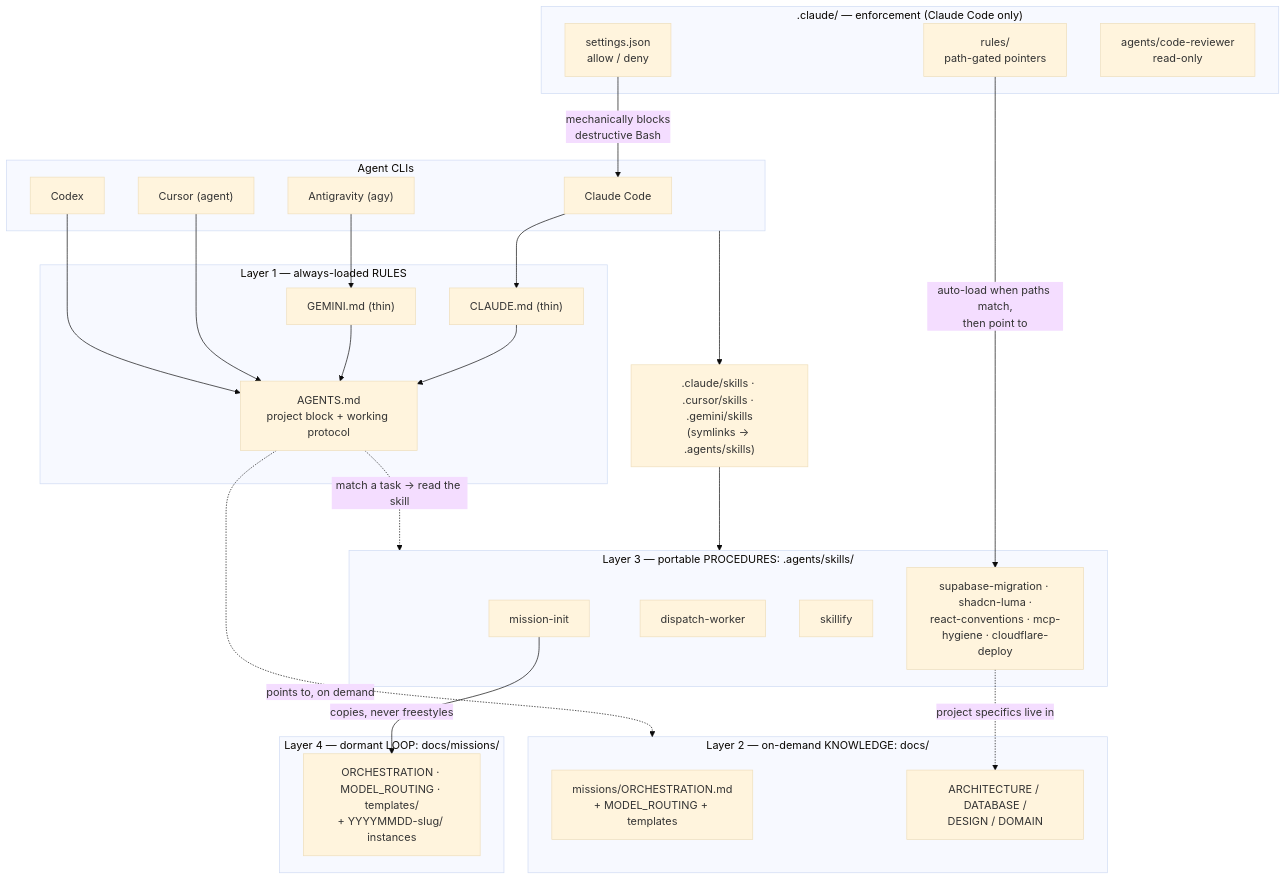
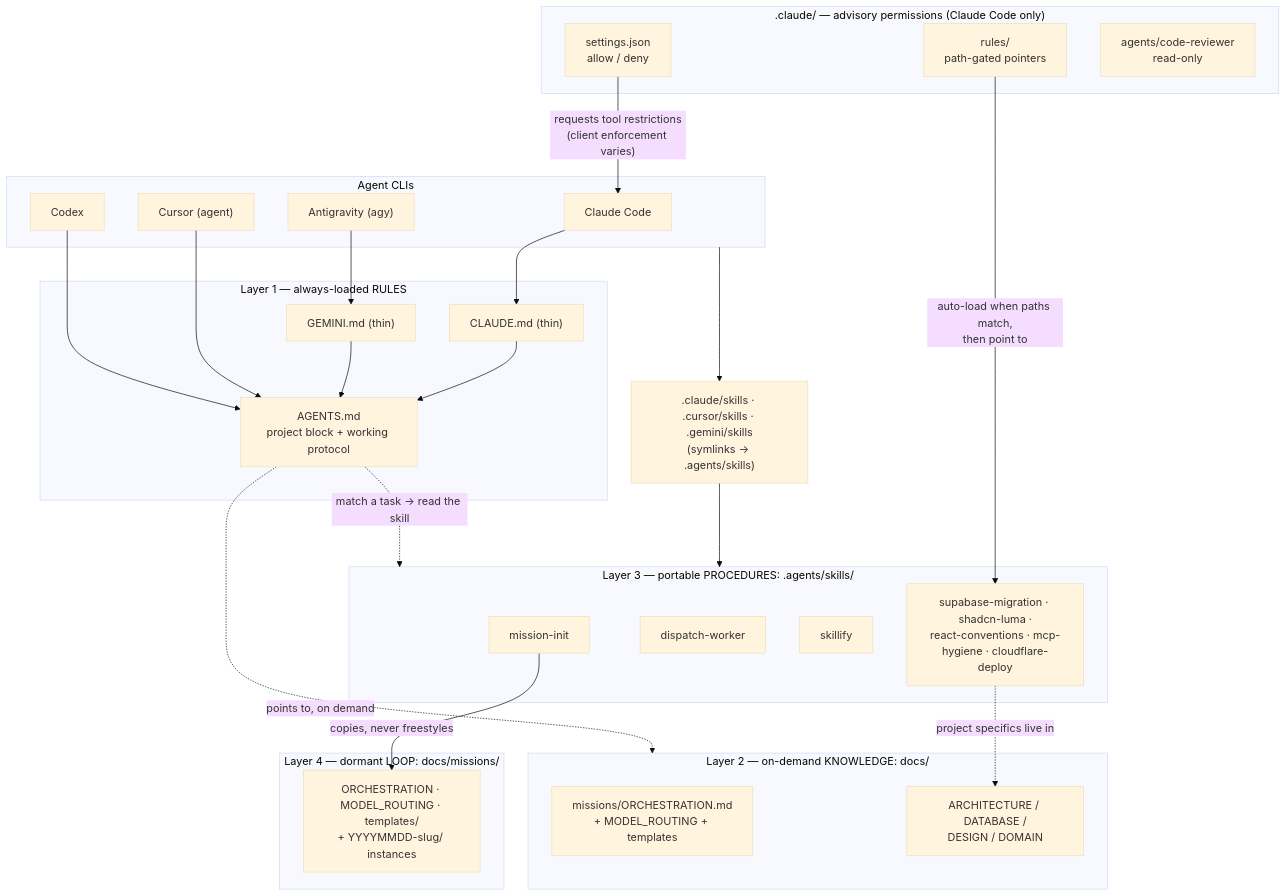
Before and after one commit to hashorva/purrfect-harness: the fourth of 5 diagrams in README.md, drawn with Mermaid (base theme). The commit also changed other lines of this file and 11 other files, not shown here.

````diff
--- a/README.md
+++ b/README.md
@@ -198,44 +198,44 @@
 ```mermaid
 flowchart TB
   subgraph TOOLS["Agent CLIs"]
     CC["Claude Code"]
     CU["Cursor (agent)"]
     AGY["Antigravity (agy)"]
     CX["Codex"]
   end
   subgraph L1["Layer 1 — always-loaded RULES"]
     AG["AGENTS.md<br/>project block + working protocol"]
     CW["CLAUDE.md (thin)"] --> AG
     GW["GEMINI.md (thin)"] --> AG
   end
   subgraph L2["Layer 2 — on-demand KNOWLEDGE: docs/"]
     ORCH["missions/ORCHESTRATION.md<br/>+ MODEL_ROUTING + templates"]
     KD["ARCHITECTURE / DATABASE /<br/>DESIGN / DOMAIN"]
   end
   subgraph L3["Layer 3 — portable PROCEDURES: .agents/skills/"]
     MI["mission-init"]
     DW["dispatch-worker"]
     SKF["skillify"]
     PS["supabase-migration · shadcn-luma ·<br/>react-conventions · mcp-hygiene · cloudflare-deploy"]
   end
   subgraph L4["Layer 4 — dormant LOOP: docs/missions/"]
     TPL["ORCHESTRATION · MODEL_ROUTING · templates/<br/>+ YYYYMMDD-slug/ instances"]
   end
-  subgraph ENF[".claude/ — enforcement (Claude Code only)"]
+  subgraph ENF[".claude/ — advisory permissions (Claude Code only)"]
     SET["settings.json<br/>allow / deny"]
     RUL["rules/<br/>path-gated pointers"]
     REV["agents/code-reviewer<br/>read-only"]
   end
   SYM[".claude/skills · .cursor/skills · .gemini/skills<br/>(symlinks → .agents/skills)"]
   CC --> CW
   AGY --> GW
   CU --> AG
   CX --> AG
   TOOLS --> SYM --> L3
   AG -. "points to, on demand" .-> L2
   AG -. "match a task → read the skill" .-> L3
   PS -. "project specifics live in" .-> KD
   MI -- "copies, never freestyles" --> TPL
   RUL -- "auto-load when paths match,<br/>then point to" --> PS
-  SET -- "mechanically blocks<br/>destructive Bash" --> CC
+  SET -- "requests tool restrictions<br/>(client enforcement varies)" --> CC
 ```
````
